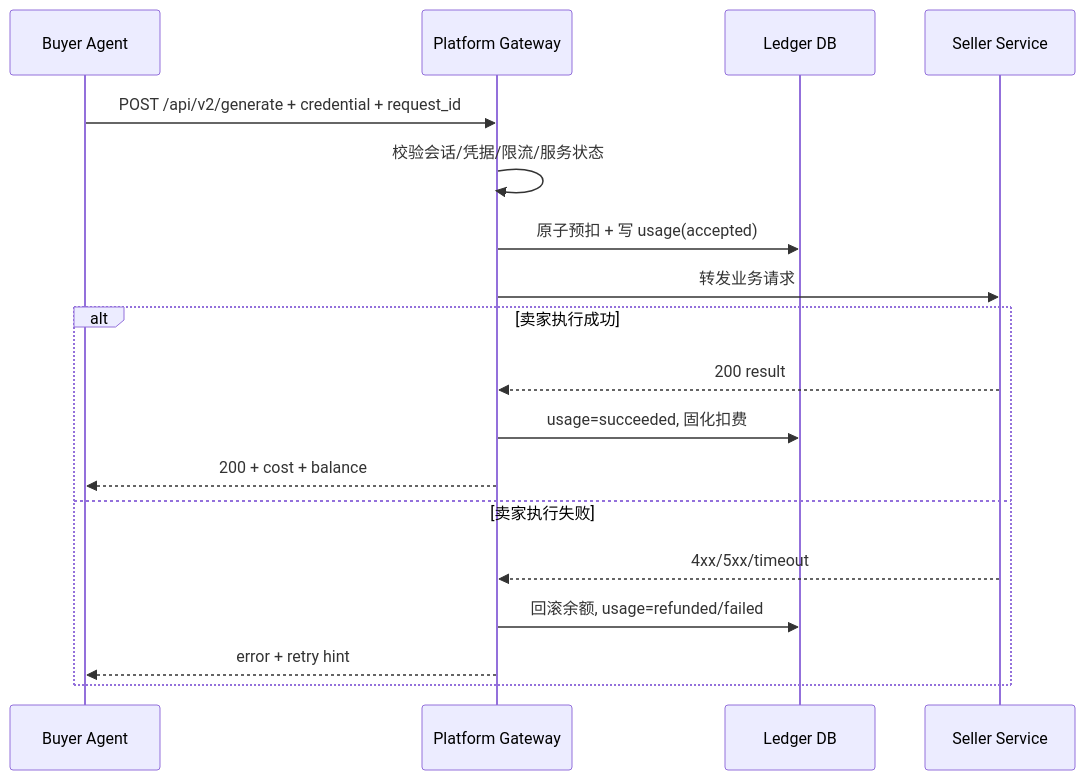
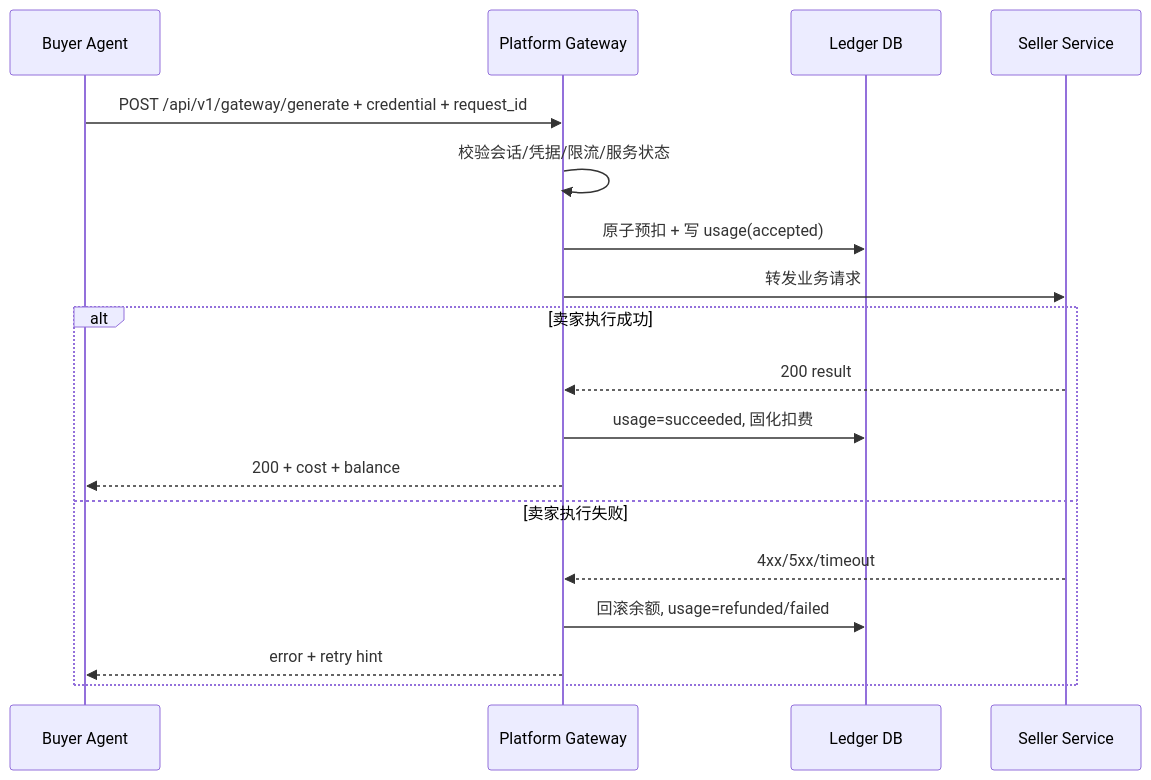
The third of 3 diagrams in doc/03_Smart_Contract_Payment/Settlement_and_Deduction_Logic.md (SynapseNetworkAI/Synapse-Network), drawn with Mermaid before and after one commit. The commit also changed other lines of this file and 45 other files, not shown here.

Commit message:
refactor(api): unify gateway endpoints under /api/v1

````diff
--- a/doc/03_Smart_Contract_Payment/Settlement_and_Deduction_Logic.md
+++ b/doc/03_Smart_Contract_Payment/Settlement_and_Deduction_Logic.md
@@ -481,21 +481,21 @@
 ```mermaid
 sequenceDiagram
     participant B as Buyer Agent
     participant G as Platform Gateway
     participant L as Ledger DB
     participant S as Seller Service
 
-    B->>G: POST /api/v2/generate + credential + request_id
+    B->>G: POST /api/v1/gateway/generate + credential + request_id
     G->>G: 校验会话/凭据/限流/服务状态
     G->>L: 原子预扣 + 写 usage(accepted)
     G->>S: 转发业务请求
     alt 卖家执行成功
       S-->>G: 200 result
       G->>L: usage=succeeded, 固化扣费
       G-->>B: 200 + cost + balance
     else 卖家执行失败
       S-->>G: 4xx/5xx/timeout
       G->>L: 回滚余额, usage=refunded/failed
       G-->>B: error + retry hint
     end
 ```
````
